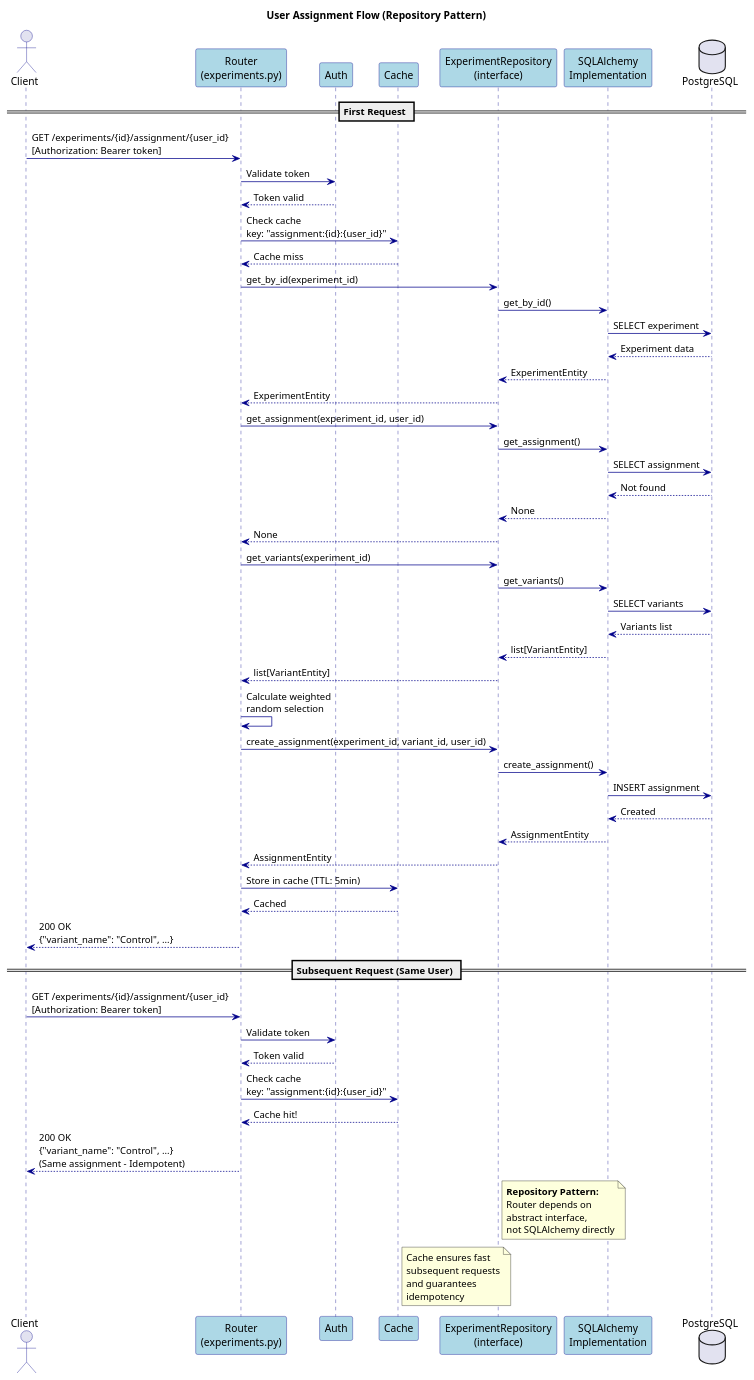
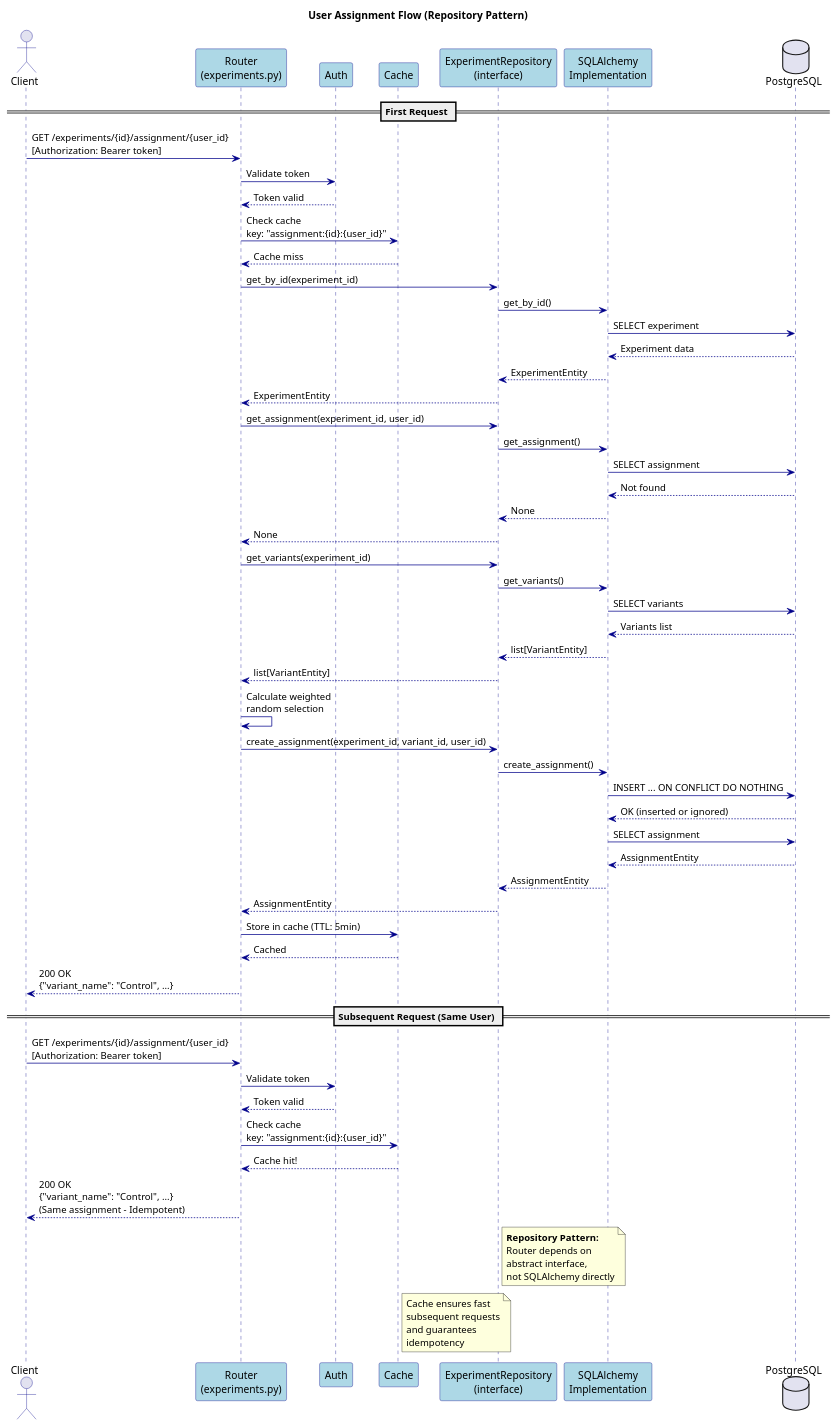
The diagram in docs/diagrams/assignment-sequence.puml (huangyingw/neonblue_ab_testing_api), drawn with PlantUML before and after one commit. The commit also changed 7 other files, not shown here.

First line of the commit message:
Use PostgreSQL UPSERT for atomic concurrent assignment handling

```diff
--- a/docs/diagrams/assignment-sequence.puml
+++ b/docs/diagrams/assignment-sequence.puml
@@ -1,111 +1,115 @@
 @startuml Assignment Sequence
 
 ' ============================================================================
 ' User Assignment Sequence Diagram
 ' ============================================================================
 ' This diagram shows the flow when a user requests a variant assignment.
 '
 ' Key features:
 ' - Idempotency: Same user always gets the same variant (via DB unique constraint)
 ' - Caching: Subsequent requests are served from cache (TTL: 5 minutes)
 ' - Weighted random: Variants selected based on traffic_percentage
+' - Atomic UPSERT: Uses INSERT ... ON CONFLICT DO NOTHING for concurrent safety
 '
 ' Endpoint: GET /experiments/{id}/assignment/{user_id}
 '
 ' First request flow:
 ' 1. Check cache (miss) -> Query existing assignment (not found)
-' 2. Get variants -> Weighted random selection -> Create assignment
-' 3. Store in cache -> Return response
+' 2. Get variants -> Weighted random selection
+' 3. INSERT ON CONFLICT DO NOTHING (atomic, no race condition)
+' 4. Query to get result -> Store in cache -> Return response
 '
 ' Subsequent requests: Cache hit -> Return immediately (idempotent)
 ' ============================================================================
 
 skinparam backgroundColor white
 skinparam sequence {
     ArrowColor DarkBlue
     ActorBorderColor DarkBlue
     LifeLineBorderColor DarkBlue
     ParticipantBackgroundColor LightBlue
     ParticipantBorderColor DarkBlue
 }
 
 title User Assignment Flow (Repository Pattern)
 
 actor Client
 participant "Router\n(experiments.py)" as Router
 participant "Auth" as Auth
 participant "Cache" as Cache
 participant "ExperimentRepository\n(interface)" as Repo
 participant "SQLAlchemy\nImplementation" as Impl
 database "PostgreSQL" as DB
 
 == First Request ==
 
 Client -> Router : GET /experiments/{id}/assignment/{user_id}\n[Authorization: Bearer token]
 Router -> Auth : Validate token
 Auth --> Router : Token valid
 
 Router -> Cache : Check cache\nkey: "assignment:{id}:{user_id}"
 Cache --> Router : Cache miss
 
 Router -> Repo : get_by_id(experiment_id)
 Repo -> Impl : get_by_id()
 Impl -> DB : SELECT experiment
 DB --> Impl : Experiment data
 Impl --> Repo : ExperimentEntity
 Repo --> Router : ExperimentEntity
 
 Router -> Repo : get_assignment(experiment_id, user_id)
 Repo -> Impl : get_assignment()
 Impl -> DB : SELECT assignment
 DB --> Impl : Not found
 Impl --> Repo : None
 Repo --> Router : None
 
 Router -> Repo : get_variants(experiment_id)
 Repo -> Impl : get_variants()
 Impl -> DB : SELECT variants
 DB --> Impl : Variants list
 Impl --> Repo : list[VariantEntity]
 Repo --> Router : list[VariantEntity]
 
 Router -> Router : Calculate weighted\nrandom selection
 
 Router -> Repo : create_assignment(experiment_id, variant_id, user_id)
 Repo -> Impl : create_assignment()
-Impl -> DB : INSERT assignment
-DB --> Impl : Created
+Impl -> DB : INSERT ... ON CONFLICT DO NOTHING
+DB --> Impl : OK (inserted or ignored)
+Impl -> DB : SELECT assignment
+DB --> Impl : AssignmentEntity
 Impl --> Repo : AssignmentEntity
 Repo --> Router : AssignmentEntity
 
 Router -> Cache : Store in cache (TTL: 5min)
 Cache --> Router : Cached
 
 Router --> Client : 200 OK\n{"variant_name": "Control", ...}
 
 == Subsequent Request (Same User) ==
 
 Client -> Router : GET /experiments/{id}/assignment/{user_id}\n[Authorization: Bearer token]
 Router -> Auth : Validate token
 Auth --> Router : Token valid
 
 Router -> Cache : Check cache\nkey: "assignment:{id}:{user_id}"
 Cache --> Router : Cache hit!
 
 Router --> Client : 200 OK\n{"variant_name": "Control", ...}\n(Same assignment - Idempotent)
 
 note right of Repo
   **Repository Pattern:**
   Router depends on
   abstract interface,
   not SQLAlchemy directly
 end note
 
 note right of Cache
   Cache ensures fast
   subsequent requests
   and guarantees
   idempotency
 end note
 
 @enduml
```
